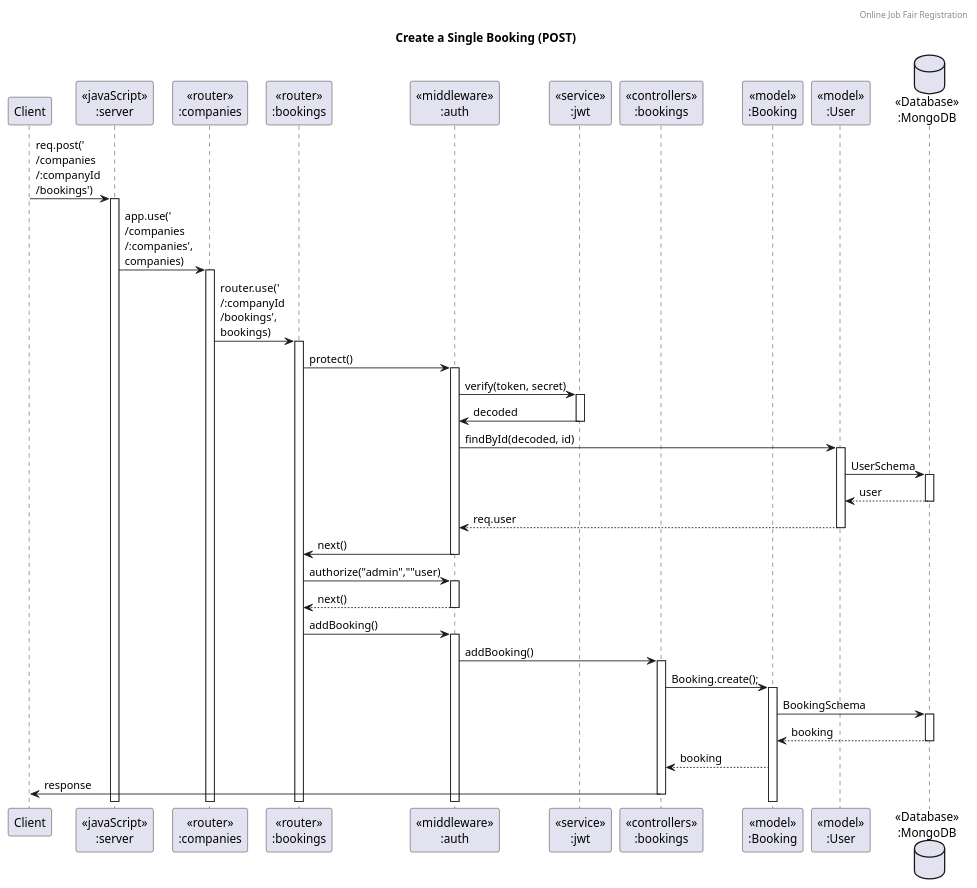
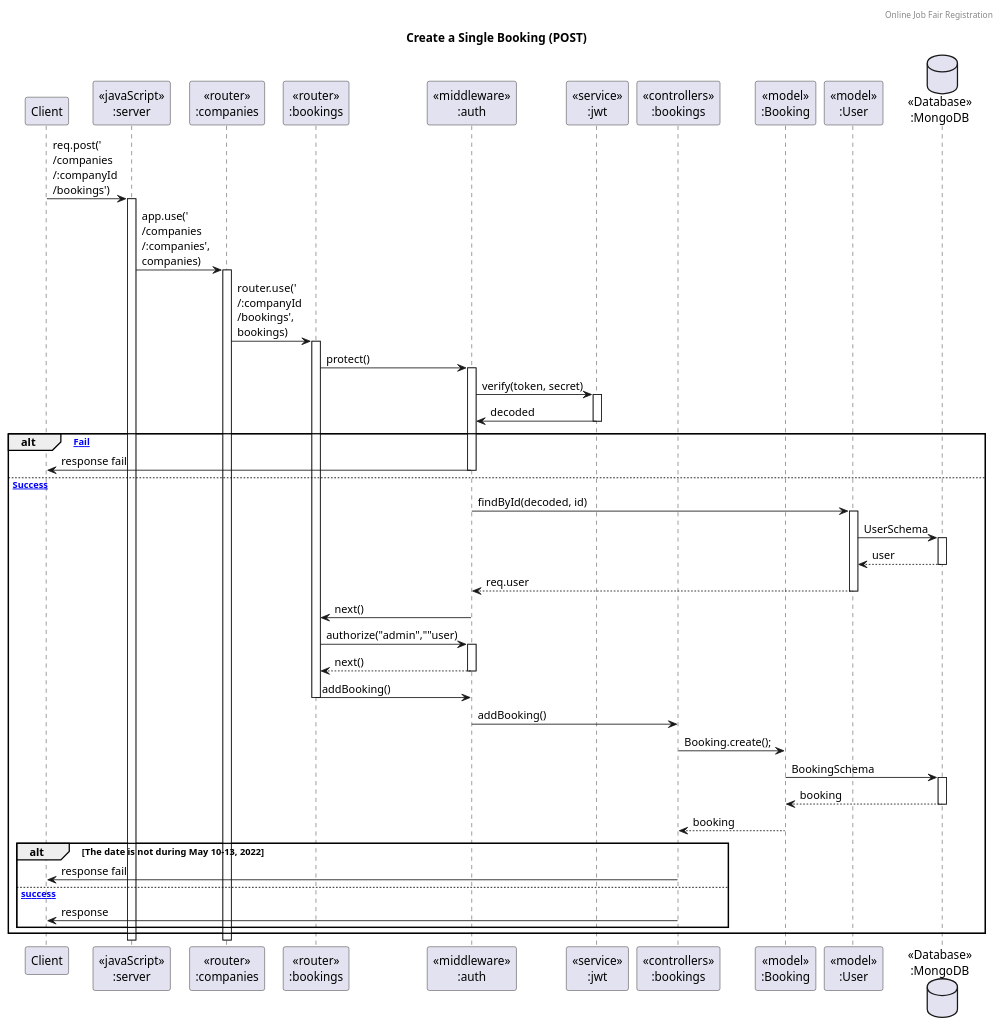
One commit to Bhuribhat/Online-Job-Fair-Registration changed the diagram in assets/UML/SequenceDiagram/Booking/create.puml. Above: the diagram before and after it, drawn with PlantUML. The commit also changed 5 other files, not shown here.

Commit message:
update: POST, PUT, DELETE booking diagram

```diff
--- a/assets/UML/SequenceDiagram/Booking/create.puml
+++ b/assets/UML/SequenceDiagram/Booking/create.puml
@@ -1,40 +1,50 @@
 @startuml Manage Booking (POST)
 
 header Online Job Fair Registration
 title "Create a Single Booking (POST)"
 
 participant "Client" as client
 participant "<<javaScript>>\n:server" as server
 participant "<<router>>\n:companies" as routerCompanies
 participant "<<router>>\n:bookings" as routerBookings
 participant "<<middleware>>\n:auth" as auth
 participant "<<service>>\n:jwt" as jwt
 participant "<<controllers>>\n:bookings" as controllersBookings
 participant "<<model>>\n:Booking" as modelBooking
 participant "<<model>>\n:User" as modelUser
 database "<<Database>>\n:MongoDB" as DatabaseSchema
 
 client->server ++:req.post('\n/companies\n/:companyId\n/bookings')
 server->routerCompanies ++:app.use('\n/companies\n/:companies', \ncompanies)
 routerCompanies->routerBookings ++:router.use('\n/:companyId\n/bookings', \nbookings)
 routerBookings -> auth ++:protect()
 auth -> jwt ++:verify(token, secret)
 auth <- jwt --:decoded
-auth -> modelUser ++:findById(decoded, id)
-modelUser -> DatabaseSchema ++:UserSchema
-modelUser <-- DatabaseSchema --:user
-auth <-- modelUser --:req.user
-routerBookings <- auth --:next()
 
-routerBookings -> auth ++:authorize("admin",""user)
-routerBookings <-- auth --:next()
+alt [Fail]
+    client <- auth --:response fail
+else [Success]
+    auth -> modelUser ++:findById(decoded, id)
+    modelUser -> DatabaseSchema ++:UserSchema
+    modelUser <-- DatabaseSchema --:user
+    auth <-- modelUser --:req.user
+    routerBookings <- auth --:next()
 
-routerBookings -> auth ++:addBooking()
-auth -> controllersBookings ++:addBooking()
-controllersBookings->modelBooking ++:Booking.create();
-modelBooking ->DatabaseSchema ++: BookingSchema
-DatabaseSchema --> modelBooking --: booking
-controllersBookings <-- modelBooking :booking
-controllersBookings->client --:response
+    routerBookings -> auth ++:authorize("admin",""user)
+    routerBookings <-- auth --:next()
+
+    routerBookings -> auth --:addBooking()
+    auth -> controllersBookings --:addBooking()
+    controllersBookings->modelBooking --:Booking.create();
+    modelBooking ->DatabaseSchema ++: BookingSchema
+    DatabaseSchema --> modelBooking --: booking
+    controllersBookings <-- modelBooking :booking
+
+    alt The date is not during May 10-13, 2022
+        controllersBookings->client --:response fail
+    else [success]
+        controllersBookings->client --:response
+    end
+end
 
 @enduml
```
